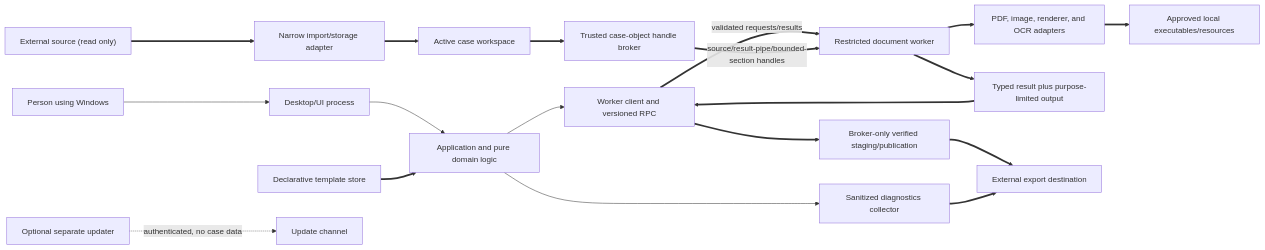
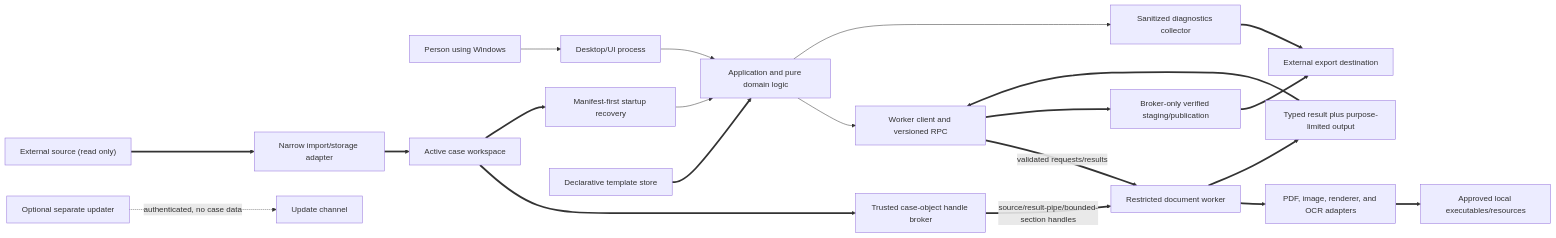
One commit to PikkuJanne/PaperWorkShell changed the first of 10 diagrams in docs/security/data-flows.md. Above: the diagram before and after it, drawn with Mermaid. The commit also changed other lines of this file and 46 other files, not shown here.

````diff
--- a/docs/security/data-flows.md
+++ b/docs/security/data-flows.md
@@ -19,21 +19,23 @@
 ```mermaid
 flowchart LR
     Person["Person using Windows"] --> UI["Desktop/UI process"]
     UI --> App["Application and pure domain logic"]
     App --> Broker["Worker client and versioned RPC"]
     Broker == "validated requests/results" ==> Worker["Restricted document worker"]
     Worker ==> Engines["PDF, image, renderer, and OCR adapters"]
     Engines ==> Tools["Approved local executables/resources"]
     Source["External source (read only)"] ==> Import["Narrow import/storage adapter"]
     Import ==> Case["Active case workspace"]
     Case ==> Handles["Trusted case-object handle broker"]
+    Case ==> Recovery["Manifest-first startup recovery"]
+    Recovery --> App
     Handles == "source/result-pipe/bounded-section handles" ==> Worker
     Worker ==> Result["Typed result plus purpose-limited output"]
     Result ==> Broker
     Broker ==> Stage["Broker-only verified staging/publication"]
     Stage ==> Destination["External export destination"]
     App --> Diagnostics["Sanitized diagnostics collector"]
     Diagnostics ==> Destination
     Template["Declarative template store"] ==> App
     Updater["Optional separate updater"] -. "authenticated, no case data" .-> Network["Update channel"]
 ```
````
